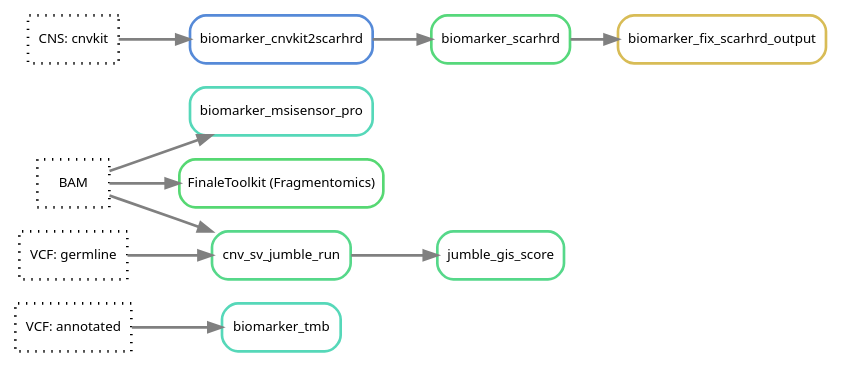
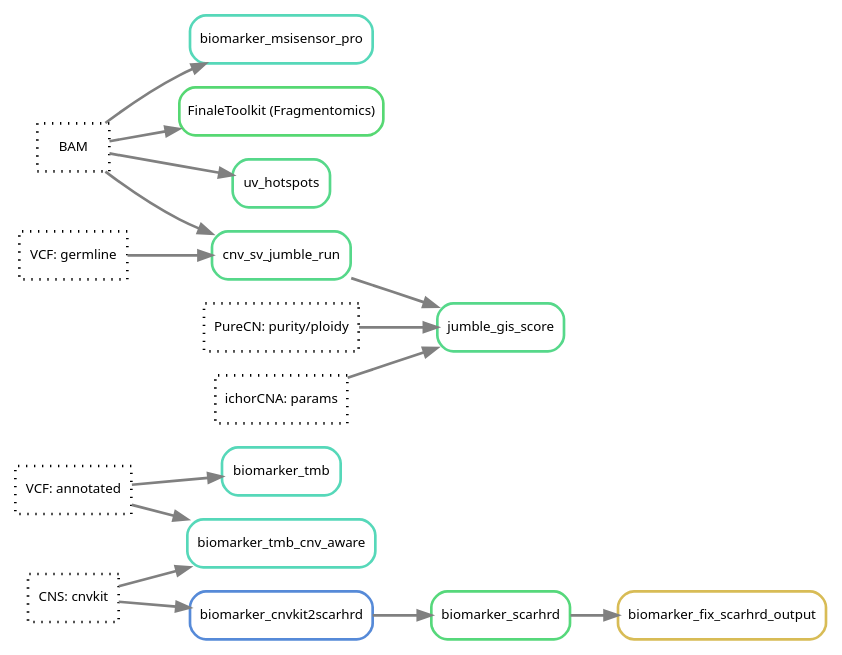
One commit to genomic-medicine-sweden/GMS_Solid changed the diagram in docs/images/biomarkers.dot. Above: the diagram before and after it, drawn with Graphviz. The commit also changed 1 other file, not shown here.

Commit message:
docs: update the biomarker DAG with uv_hotspots, tmb_cnv_aware and the jumble_gis_score inputs

```diff
--- a/docs/images/biomarkers.dot
+++ b/docs/images/biomarkers.dot
@@ -1,34 +1,45 @@
 digraph snakemake_dag {
 	rankdir=LR;
     graph[bgcolor=white, margin=0];
     node[shape=box, style=rounded, fontname=sans,                 fontsize=10, penwidth=2];
     edge[penwidth=2, color=grey];
 	93[label = "biomarker_tmb", color = "0.46 0.6 0.85", style="rounded"];
+	94[label = "biomarker_tmb_cnv_aware", color = "0.46 0.6 0.85", style="rounded"];
 	97[label = "biomarker_msisensor_pro", color = "0.46 0.6 0.85", style="rounded"];
 	109[label = "biomarker_fix_scarhrd_output", color = "0.13 0.6 0.85", style="rounded"];
 	110[label = "biomarker_scarhrd", color = "0.38 0.6 0.85", style="rounded"];
 	111[label = "biomarker_cnvkit2scarhrd", color = "0.60 0.6 0.85", style="rounded"];
 	
 	// Fragmentomics
 	112[label = "FinaleToolkit (Fragmentomics)", color = "0.37 0.6 0.85", style="rounded"];
 	// Jumble GIS
 	114[label = "cnv_sv_jumble_run", color = "0.40 0.6 0.85", style="rounded"];
 	115[label = "jumble_gis_score", color = "0.40 0.6 0.85", style="rounded"];
+	// UV hotspots (experimental, GMS-Solid)
+	116[label = "uv_hotspots", color = "0.40 0.6 0.85", style="rounded"];
 	
 	200[label = "VCF: annotated", color = "0.0 0.0 0.0", style="dotted"];
 	201[label = "BAM", color = "0.0 0.0 0.0", style="dotted"];
 	202[label = "CNS: cnvkit", color = "0.0 0.0 0.0", style="dotted"];
 	203[label = "VCF: germline", color = "0.0 0.0 0.0", style="dotted"];
+	204[label = "PureCN: purity/ploidy", color = "0.0 0.0 0.0", style="dotted"];
+	205[label = "ichorCNA: params", color = "0.0 0.0 0.0", style="dotted"];
 	
 	200 -> 93
+	200 -> 94
+	202 -> 94
 	201 -> 97
 	202 -> 111
 	110 -> 109
 	111 -> 110
 	
 	201 -> 112
 	
 	201 -> 114
 	203 -> 114
 	114 -> 115
-}            
+	204 -> 115
+	205 -> 115
+
+	201 -> 116
+}
```
